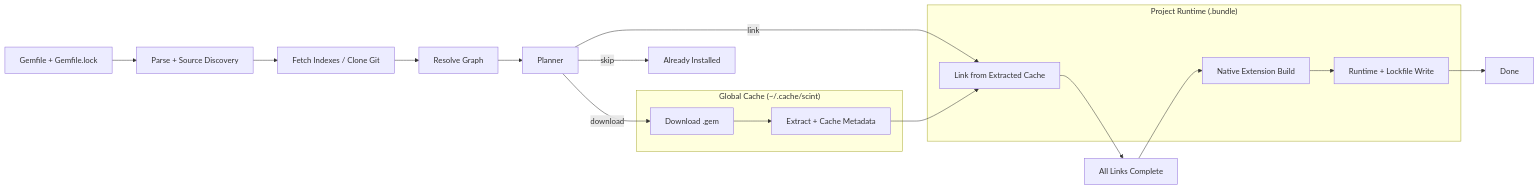
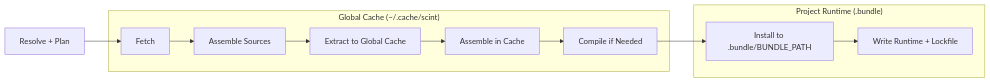
Before and after one commit to tobi/scint: the first of 3 diagrams in README.md, drawn with Mermaid. The commit also changed other lines of this file and 5 other files, not shown here.

````diff
--- a/README.md
+++ b/README.md
@@ -80,27 +90,23 @@
 ```mermaid
 flowchart LR
-    A[Gemfile + Gemfile.lock] --> B[Parse + Source Discovery]
-    B --> C[Fetch Indexes / Clone Git]
-    C --> D[Resolve Graph]
-    D --> E[Planner]
-    E -->|skip| F[Already Installed]
-    E -->|link| G[Link from Extracted Cache]
-    E -->|download| H[Download .gem]
-    H --> I[Extract + Cache Metadata]
-    I --> G
-    G --> J[All Links Complete]
-    J --> K[Native Extension Build]
-    K --> L[Runtime + Lockfile Write]
-    L --> M[Done]
+    A[Resolve + Plan] --> B[Fetch]
+    B --> C[Assemble Sources]
+    C --> D[Extract to Global Cache]
+    D --> E[Assemble in Cache]
+    E --> F[Compile if Needed]
+    F --> G[Install to .bundle/BUNDLE_PATH]
+    G --> H[Write Runtime + Lockfile]
 
-    subgraph GlobalCache["Global Cache (~/.cache/scint)"]
-      H
-      I
+    subgraph GC["Global Cache (~/.cache/scint)"]
+      B
+      C
+      D
+      E
+      F
     end
 
-    subgraph ProjectRuntime["Project Runtime (.bundle)"]
+    subgraph PR["Project Runtime (.bundle)"]
       G
-      K
-      L
+      H
     end
 ```
````
